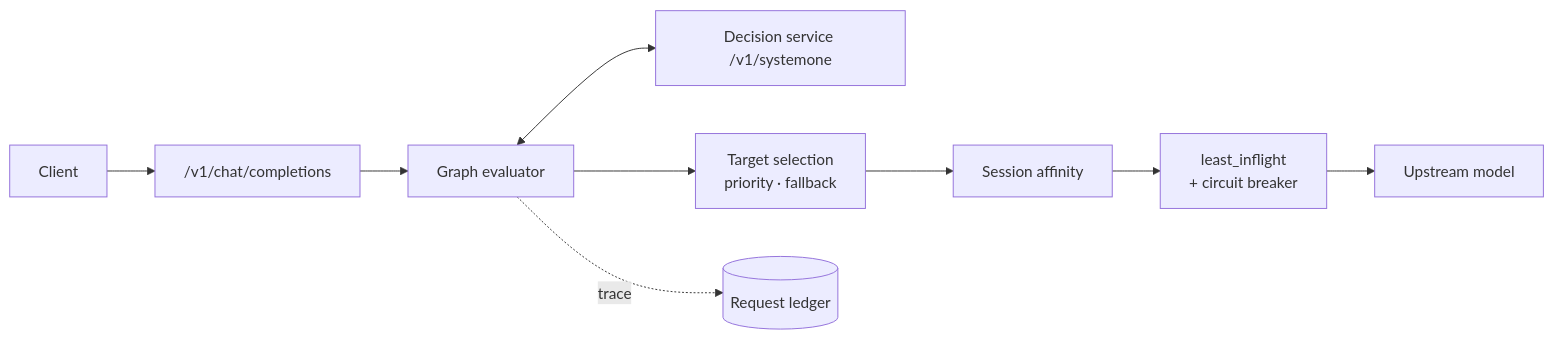
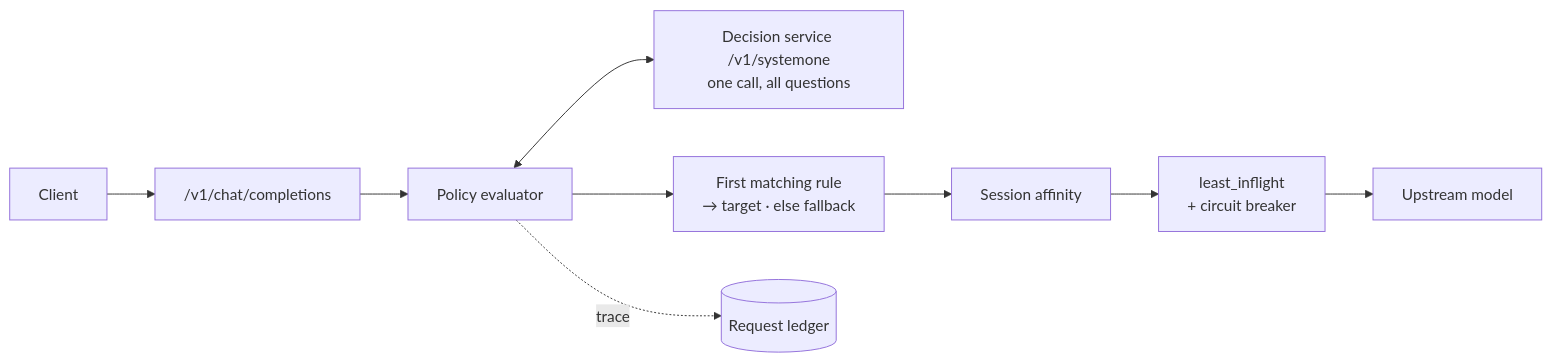
Before and after one commit to Wayfinder-one/RoutePilot: the diagram in README.md, drawn with Mermaid. The commit also changed other lines of this file and 62 other files, not shown here.

Commit message:
feat!: replace graph waves with routing policy v4

````diff
--- a/README.md
+++ b/README.md
@@ -26,11 +24,11 @@
 ```mermaid
 flowchart LR
   C[Client] --> V["/v1/chat/completions"]
-  V --> G[Graph evaluator]
-  G <--> J["Decision service /v1/systemone"]
-  G --> T["Target selection<br/>priority · fallback"]
+  V --> P[Policy evaluator]
+  P <--> J["Decision service /v1/systemone<br/>one call, all questions"]
+  P --> T["First matching rule<br/>→ target · else fallback"]
   T --> A[Session affinity]
   A --> L["least_inflight<br/>+ circuit breaker"]
   L --> U[Upstream model]
-  G -. trace .-> R[(Request ledger)]
+  P -. trace .-> R[(Request ledger)]
 ```
````
